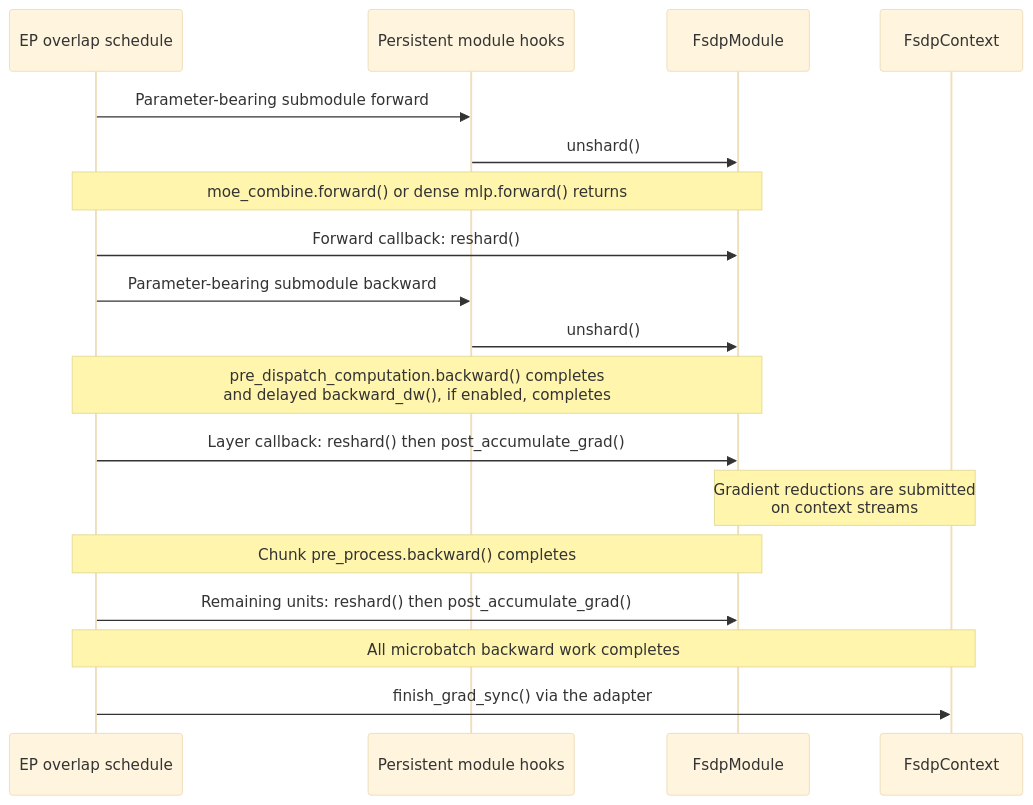
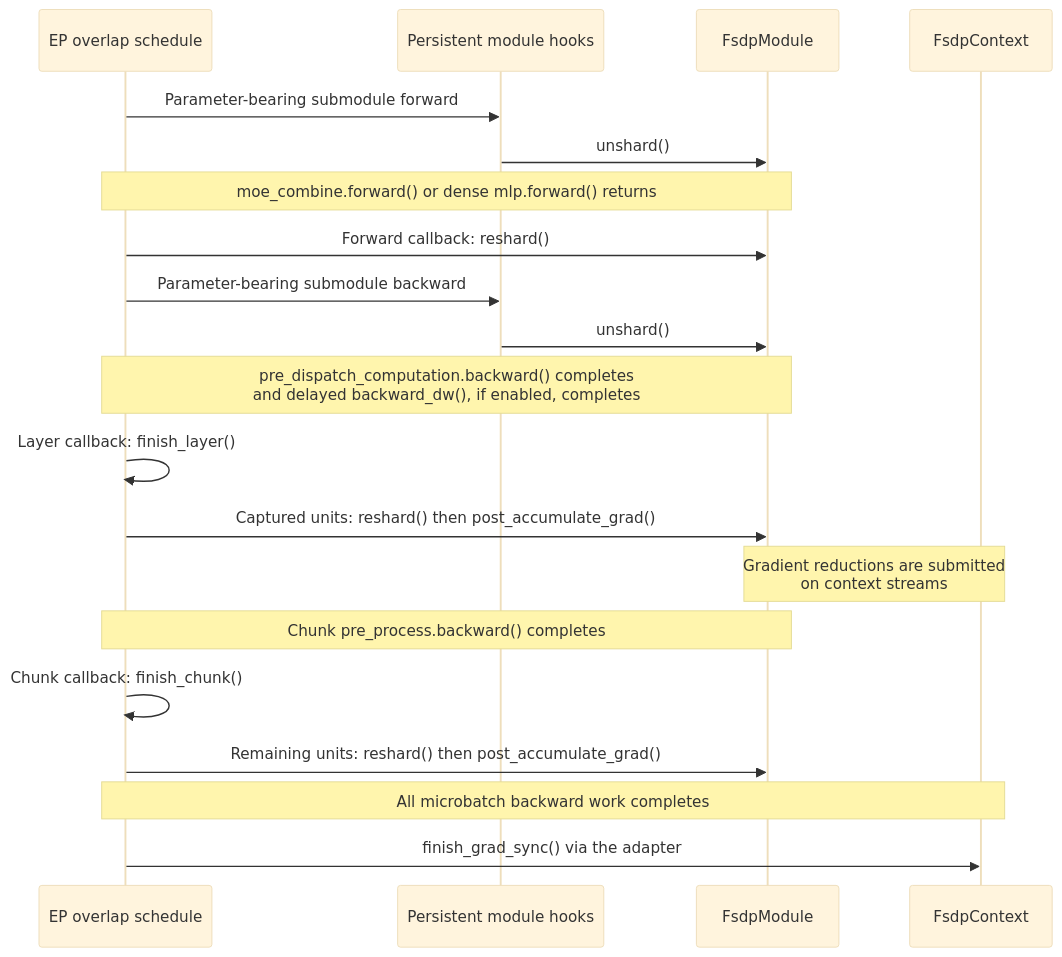
Before and after one commit to NVIDIA/Megatron-LM: the diagram in megatron/core/distributed/fsdp/src/docs/ep_overlap_integration.md, drawn with Mermaid (base theme). The commit also changed other lines of this file, not shown here.

First line of the commit message:
Clarify EP-overlap hook registration and callback execution

````diff
--- a/megatron/core/distributed/fsdp/src/docs/ep_overlap_integration.md
+++ b/megatron/core/distributed/fsdp/src/docs/ep_overlap_integration.md
@@ -46,24 +58,26 @@
 ```mermaid
 sequenceDiagram
     participant S as EP overlap schedule
     participant H as Persistent module hooks
     participant U as FsdpModule
     participant C as FsdpContext
 
     S->>H: Parameter-bearing submodule forward
     H->>U: unshard()
     Note over S,U: moe_combine.forward() or dense mlp.forward() returns
     S->>U: Forward callback: reshard()
 
     S->>H: Parameter-bearing submodule backward
     H->>U: unshard()
     Note over S,U: pre_dispatch_computation.backward() completes<br/>and delayed backward_dw(), if enabled, completes
-    S->>U: Layer callback: reshard() then post_accumulate_grad()
+    S->>S: Layer callback: finish_layer()
+    S->>U: Captured units: reshard() then post_accumulate_grad()
     Note over U,C: Gradient reductions are submitted<br/>on context streams
 
     Note over S,U: Chunk pre_process.backward() completes
+    S->>S: Chunk callback: finish_chunk()
     S->>U: Remaining units: reshard() then post_accumulate_grad()
 
     Note over S,C: All microbatch backward work completes
     S->>C: finish_grad_sync() via the adapter
 ```
````
